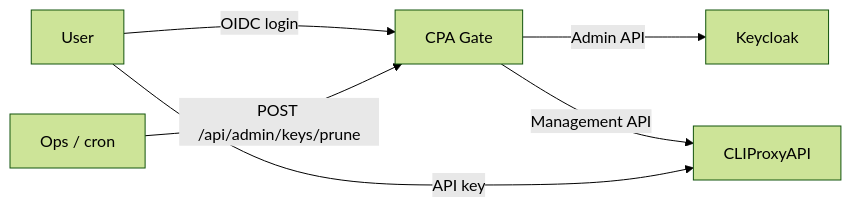
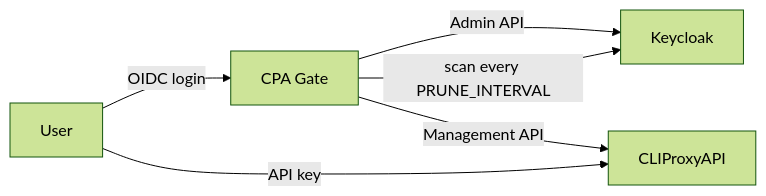
One commit to yanranxiaoxi/cpa-gate changed the diagram in README.md. Above: the diagram before and after it, drawn with Mermaid (forest theme). The commit also changed other lines of this file and 8 other files, not shown here.

````diff
--- a/README.md
+++ b/README.md
@@ -26,8 +26,8 @@
 ```mermaid
 flowchart LR
     U[User] -->|OIDC login| G[CPA Gate]
     G -->|Admin API| K[Keycloak]
     G -->|Management API| C[CLIProxyAPI]
+    G -->|scan every PRUNE_INTERVAL| K
     U -->|API key| C
-    O[Ops / cron] -->|POST /api/admin/keys/prune| G
 ```
````
